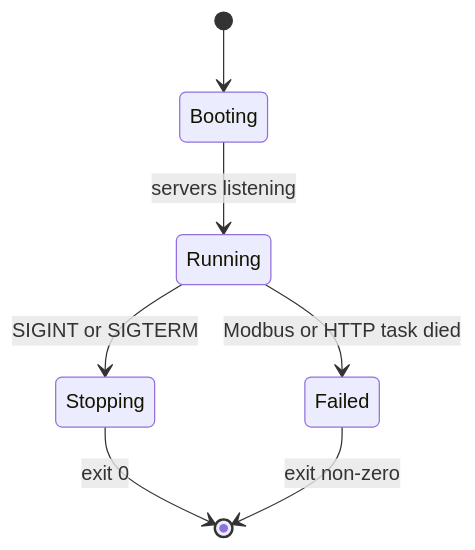
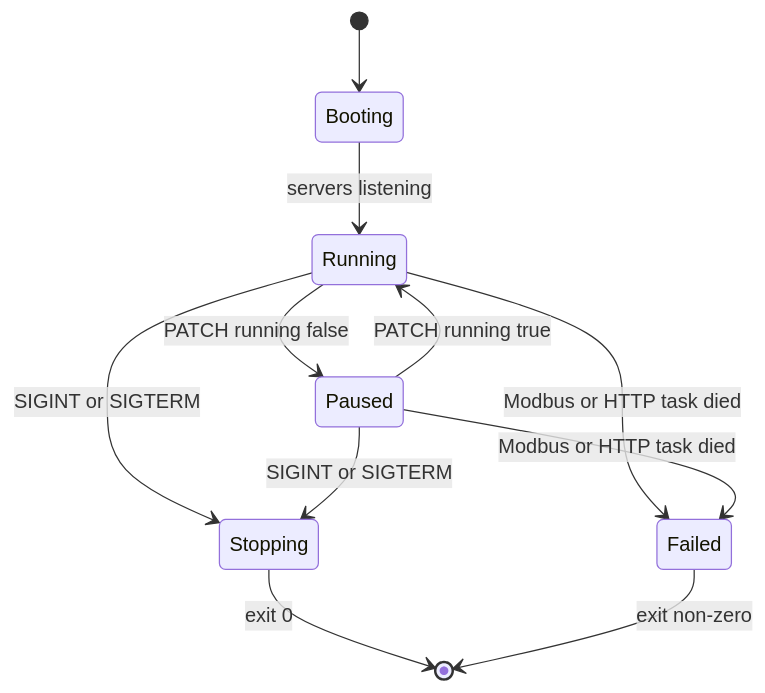
Before and after one commit to obsidia-systems/simbus: the sixth of 7 diagrams in docs/architecture.md, drawn with Mermaid. The commit also changed other lines of this file and 25 other files, not shown here.

````diff
--- a/docs/architecture.md
+++ b/docs/architecture.md
@@ -183,9 +184,13 @@
 ```mermaid
 stateDiagram-v2
     [*] --> Booting
     Booting --> Running: servers listening
+    Running --> Paused: PATCH running false
+    Paused --> Running: PATCH running true
     Running --> Stopping: SIGINT or SIGTERM
+    Paused --> Stopping: SIGINT or SIGTERM
     Running --> Failed: Modbus or HTTP task died
+    Paused --> Failed: Modbus or HTTP task died
     Stopping --> [*]: exit 0
     Failed --> [*]: exit non-zero
 ```
````
